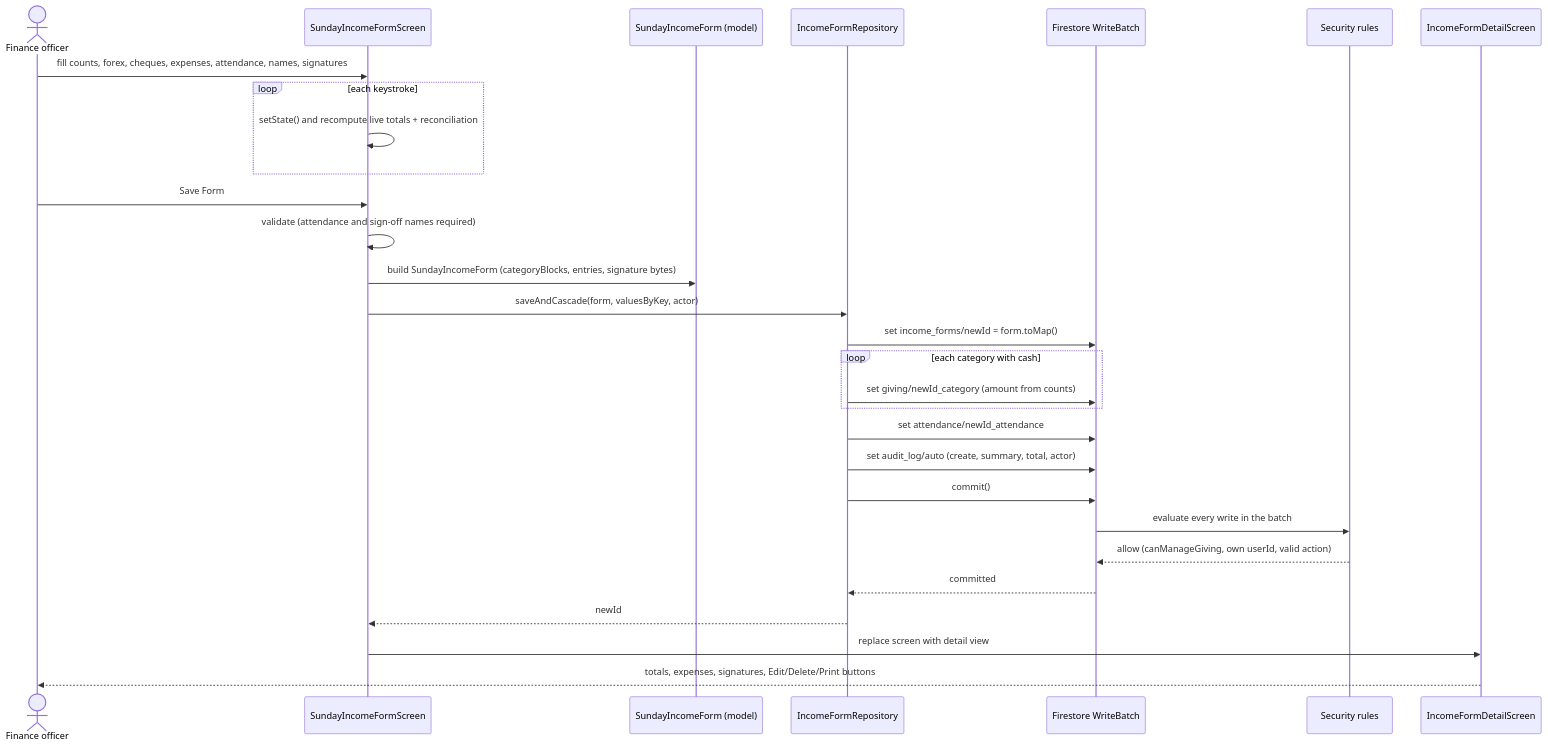
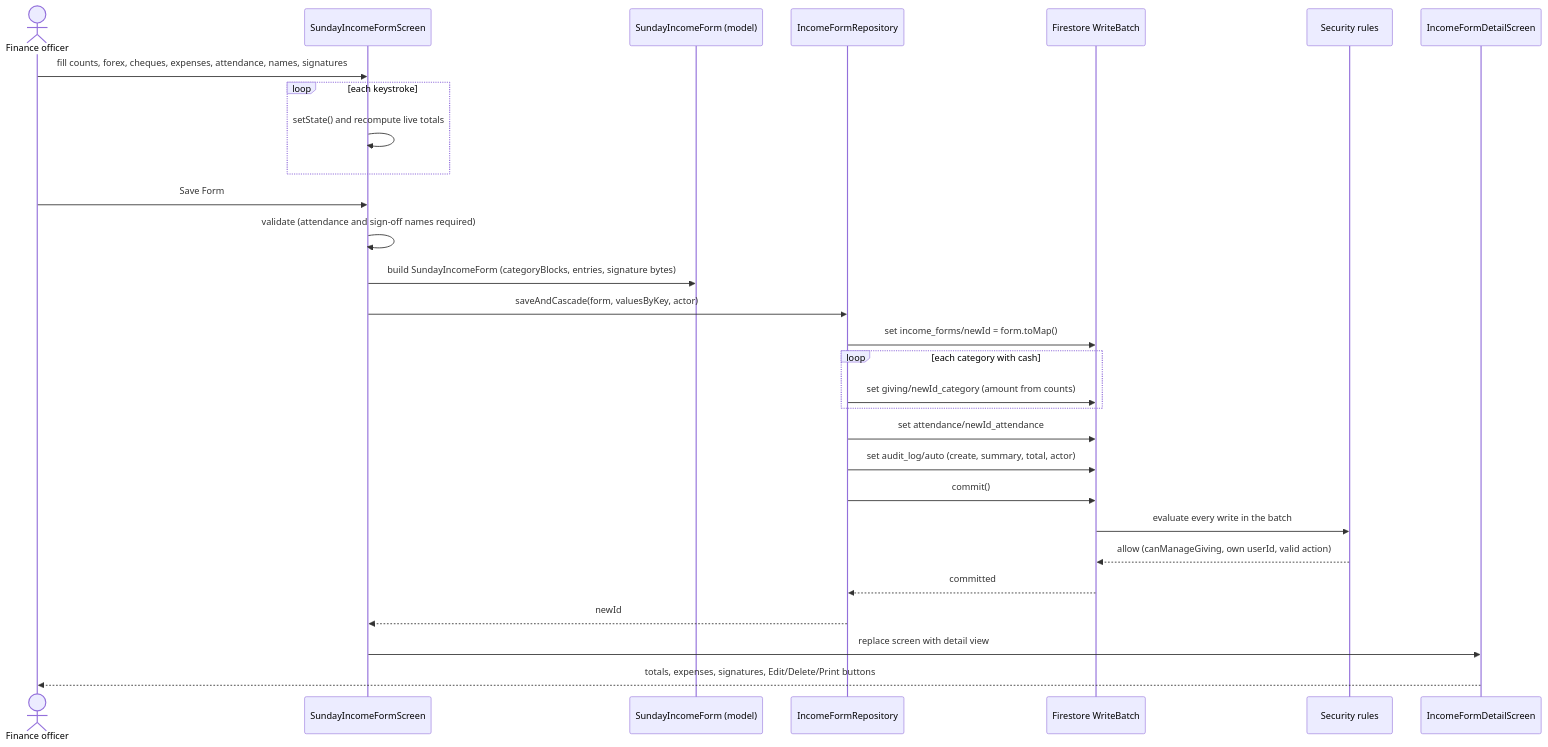
Before and after one commit to kasondebbuku-spec/Lukulu-Bread-of-Life-Church: the fourth of 12 diagrams in docs/SEQUENCE_DIAGRAMS.md, drawn with Mermaid. The commit also changed other lines of this file and 19 other files, not shown here.

````diff
--- a/docs/SEQUENCE_DIAGRAMS.md
+++ b/docs/SEQUENCE_DIAGRAMS.md
@@ -100,32 +100,32 @@
 ```mermaid
 sequenceDiagram
     actor F as Finance officer
     participant Scr as SundayIncomeFormScreen
     participant Calc as SundayIncomeForm (model)
     participant Repo as IncomeFormRepository
     participant B as Firestore WriteBatch
     participant Rules as Security rules
     participant Det as IncomeFormDetailScreen
 
     F->>Scr: fill counts, forex, cheques, expenses, attendance, names, signatures
     loop each keystroke
-        Scr->>Scr: setState() and recompute live totals + reconciliation
+        Scr->>Scr: setState() and recompute live totals
     end
     F->>Scr: Save Form
     Scr->>Scr: validate (attendance and sign-off names required)
     Scr->>Calc: build SundayIncomeForm (categoryBlocks, entries, signature bytes)
     Scr->>Repo: saveAndCascade(form, valuesByKey, actor)
     Repo->>B: set income_forms/newId = form.toMap()
     loop each category with cash
         Repo->>B: set giving/newId_category (amount from counts)
     end
     Repo->>B: set attendance/newId_attendance
     Repo->>B: set audit_log/auto (create, summary, total, actor)
     Repo->>B: commit()
     B->>Rules: evaluate every write in the batch
     Rules-->>B: allow (canManageGiving, own userId, valid action)
     B-->>Repo: committed
     Repo-->>Scr: newId
     Scr->>Det: replace screen with detail view
     Det-->>F: totals, expenses, signatures, Edit/Delete/Print buttons
 ```
````
